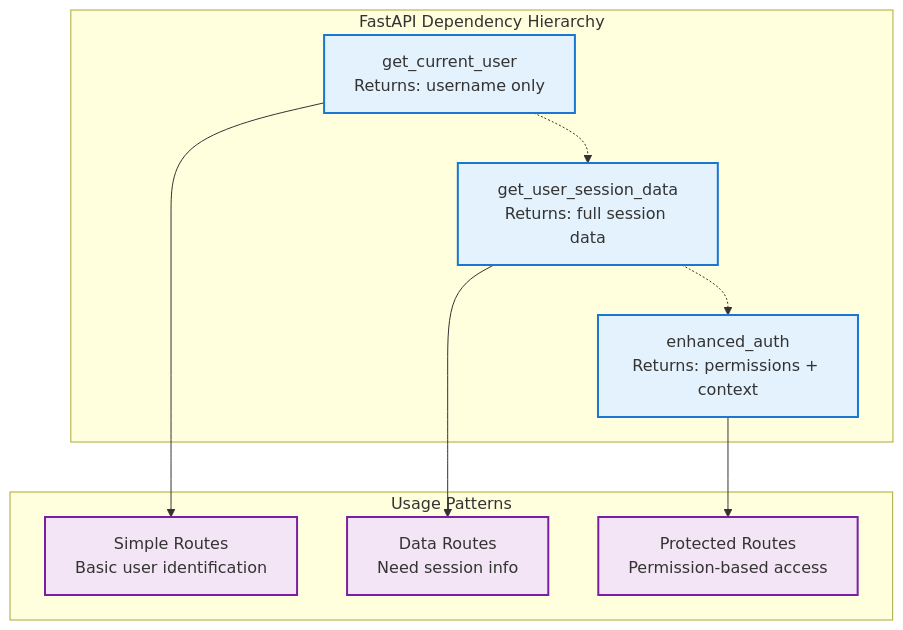
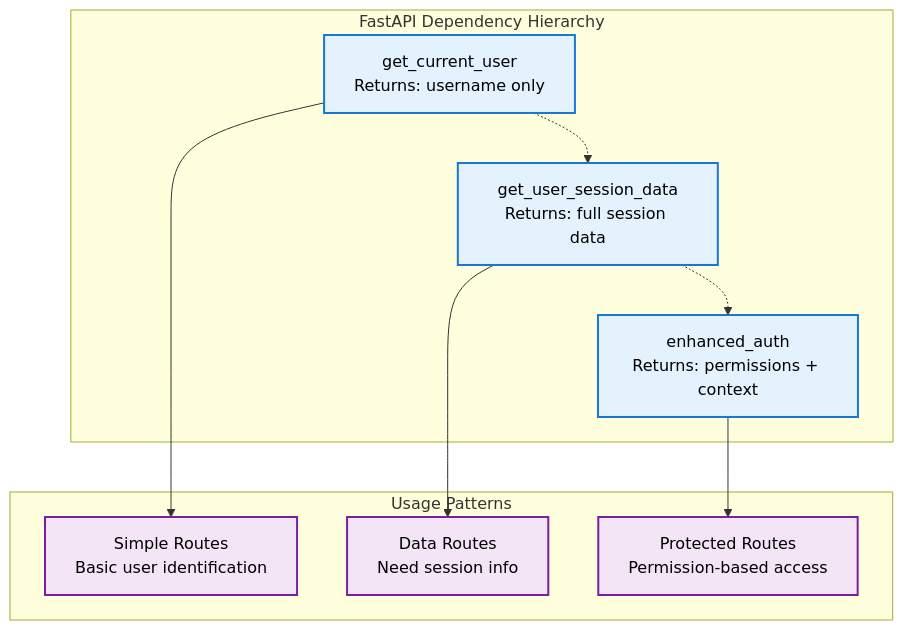
Diagram 12 of 12 in docs/registry-auth-detailed.md (jrmatherly/mcp-registry-gateway), drawn with Mermaid before and after one commit. The commit also changed other lines of this file and 3 other files, not shown here.

First line of the commit message:
``` docs: add explicit black text color to all Mermaid diagram styles for dark mode compatibility

````diff
--- a/docs/registry-auth-detailed.md
+++ b/docs/registry-auth-detailed.md
@@ -1299,27 +1299,27 @@
 ```mermaid
 graph TB
     subgraph "FastAPI Dependency Hierarchy"
         BasicAuth[get_current_user<br/>Returns: username only]
         SessionAuth[get_user_session_data<br/>Returns: full session data]
         EnhancedAuth[enhanced_auth<br/>Returns: permissions + context]
     end
 
     subgraph "Usage Patterns"
         SimpleRoutes[Simple Routes<br/>Basic user identification]
         DataRoutes[Data Routes<br/>Need session info]
         ProtectedRoutes[Protected Routes<br/>Permission-based access]
     end
 
     BasicAuth --> SimpleRoutes
     SessionAuth --> DataRoutes
     EnhancedAuth --> ProtectedRoutes
 
     BasicAuth -.-> SessionAuth
     SessionAuth -.-> EnhancedAuth
 
-    classDef dependency fill:#e3f2fd,stroke:#1976d2,stroke-width:2px
-    classDef usage fill:#f3e5f5,stroke:#7b1fa2,stroke-width:2px
+    classDef dependency fill:#e3f2fd,stroke:#1976d2,stroke-width:2px,color:#000
+    classDef usage fill:#f3e5f5,stroke:#7b1fa2,stroke-width:2px,color:#000
 
     class BasicAuth,SessionAuth,EnhancedAuth dependency
     class SimpleRoutes,DataRoutes,ProtectedRoutes usage
 ```
````
